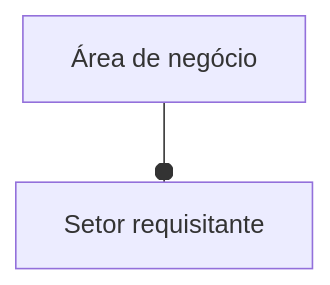
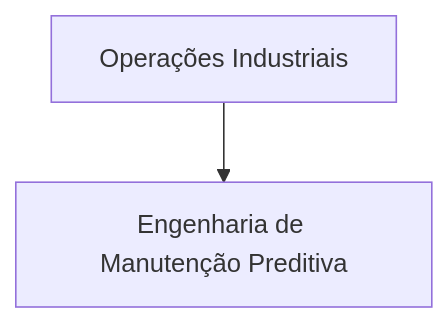
Before and after one commit to Emanuel085/trab_unifor_template: the diagram in docs/index.md, drawn with Mermaid. The commit also changed other lines of this file and 5 other files, not shown here.

````diff
--- a/docs/index.md
+++ b/docs/index.md
@@ -42,4 +49,4 @@
-``` mermaid
+```mermaid
 flowchart TD
-    id1[Área de negócio] --o id2[Setor requisitante]
+    id1[Operações Industriais] --> id2[Engenharia de Manutenção Preditiva]
 ```
````
